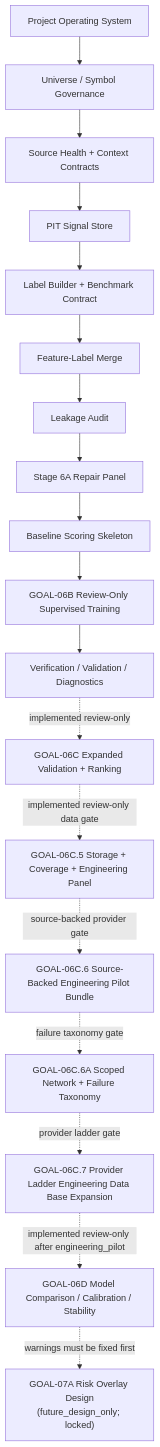
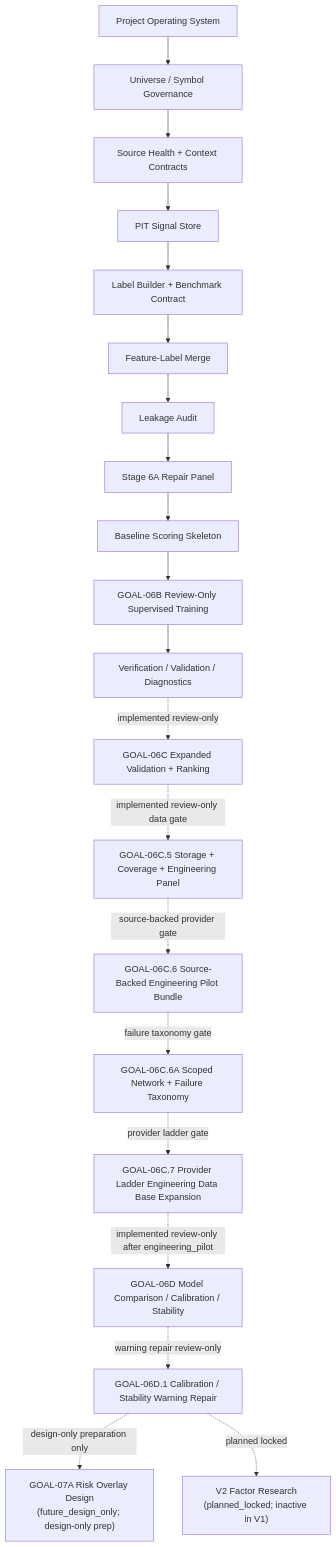
Before and after one commit to RyanLu0203/A_share_premarket_core: the diagram in docs/10_PROGRAM_ROADMAP_AND_ARCHITECTURE.md, drawn with Mermaid. The commit also changed other lines of this file and 69 other files, not shown here.

Commit message:
Add GOAL-06D.1 warning repair gate

````diff
--- a/docs/10_PROGRAM_ROADMAP_AND_ARCHITECTURE.md
+++ b/docs/10_PROGRAM_ROADMAP_AND_ARCHITECTURE.md
@@ -11,20 +11,22 @@
 ```mermaid
 flowchart TD
     A["Project Operating System"] --> B["Universe / Symbol Governance"]
     B --> C["Source Health + Context Contracts"]
     C --> D["PIT Signal Store"]
     D --> E["Label Builder + Benchmark Contract"]
     E --> F["Feature-Label Merge"]
     F --> G["Leakage Audit"]
     G --> H["Stage 6A Repair Panel"]
     H --> I["Baseline Scoring Skeleton"]
     I --> J["GOAL-06B Review-Only Supervised Training"]
     J --> K["Verification / Validation / Diagnostics"]
     K -. "implemented review-only" .-> L["GOAL-06C Expanded Validation + Ranking"]
     L -. "implemented review-only data gate" .-> N["GOAL-06C.5 Storage + Coverage + Engineering Panel"]
     N -. "source-backed provider gate" .-> O["GOAL-06C.6 Source-Backed Engineering Pilot Bundle"]
     O -. "failure taxonomy gate" .-> P["GOAL-06C.6A Scoped Network + Failure Taxonomy"]
     P -. "provider ladder gate" .-> Q["GOAL-06C.7 Provider Ladder Engineering Data Base Expansion"]
     Q -. "implemented review-only after engineering_pilot" .-> M["GOAL-06D Model Comparison / Calibration / Stability"]
-    M -. "warnings must be fixed first" .-> R["GOAL-07A Risk Overlay Design<br/>(future_design_only; locked)"]
+    M -. "warning repair review-only" .-> M2["GOAL-06D.1 Calibration / Stability Warning Repair"]
+    M2 -. "design-only preparation only" .-> R["GOAL-07A Risk Overlay Design<br/>(future_design_only; design-only prep)"]
+    M2 -. "planned locked" .-> V2["V2 Factor Research<br/>(planned_locked; inactive in V1)"]
 ```
````
